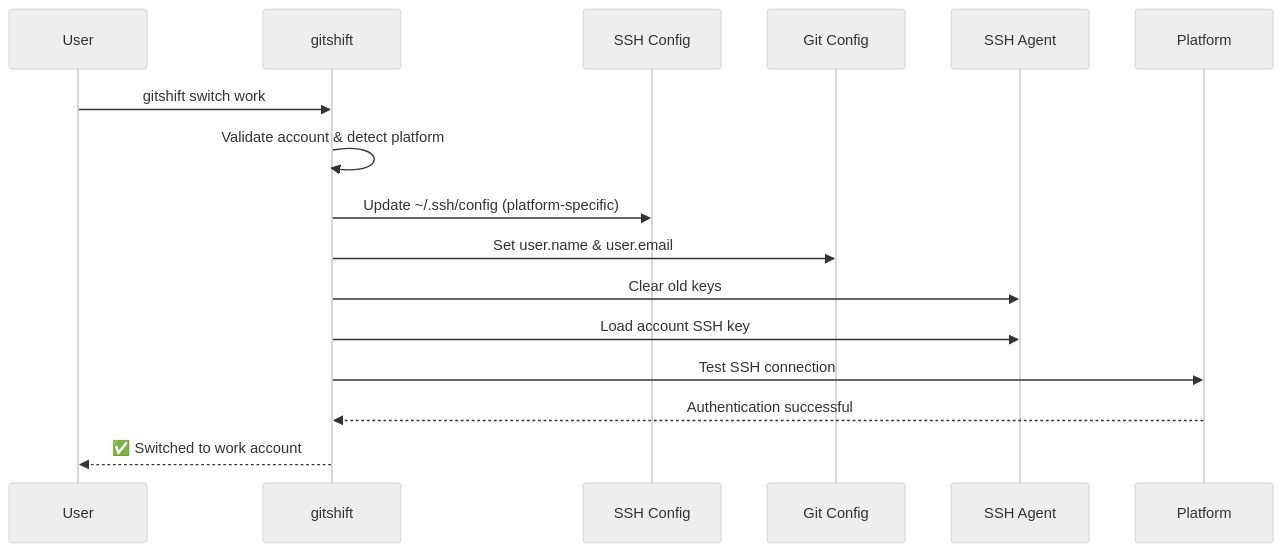
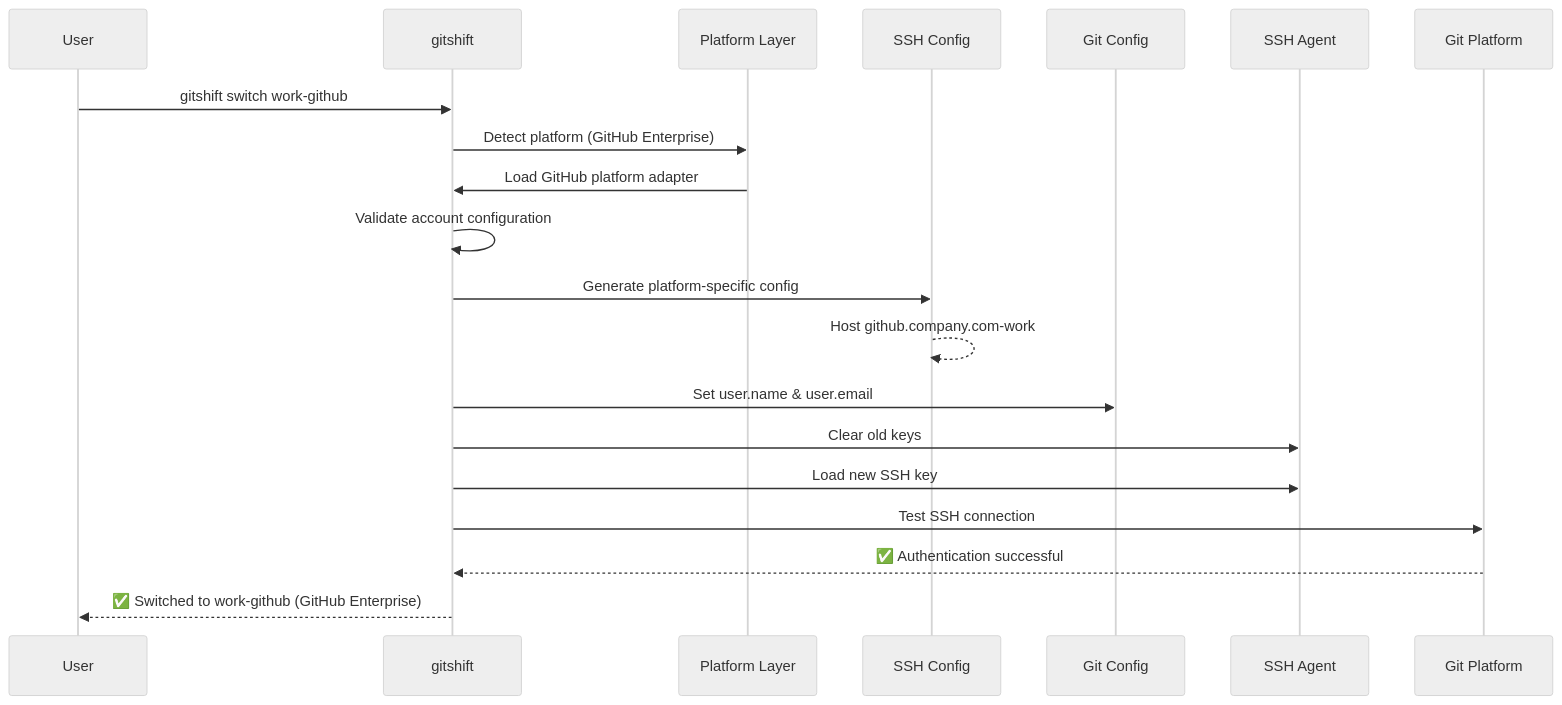
One commit to techishthoughts-org/gitshift changed the fourth of 6 diagrams in README.md. Above: the diagram before and after it, drawn with Mermaid (neutral theme). The commit also changed other lines of this file, not shown here.

First line of the commit message:
docs: comprehensive README rewrite with multi-platform strategy

````diff
--- a/README.md
+++ b/README.md
@@ -167,19 +312,23 @@
 ```mermaid
 sequenceDiagram
     participant User
     participant gitshift
+    participant Platform Layer
     participant SSH Config
     participant Git Config
     participant SSH Agent
-    participant Platform
+    participant Git Platform
 
-    User->>gitshift: gitshift switch work
-    gitshift->>gitshift: Validate account & detect platform
-    gitshift->>SSH Config: Update ~/.ssh/config (platform-specific)
+    User->>gitshift: gitshift switch work-github
+    gitshift->>Platform Layer: Detect platform (GitHub Enterprise)
+    Platform Layer->>gitshift: Load GitHub platform adapter
+    gitshift->>gitshift: Validate account configuration
+    gitshift->>SSH Config: Generate platform-specific config
+    SSH Config-->>SSH Config: Host github.company.com-work
     gitshift->>Git Config: Set user.name & user.email
     gitshift->>SSH Agent: Clear old keys
-    gitshift->>SSH Agent: Load account SSH key
-    gitshift->>Platform: Test SSH connection
-    Platform-->>gitshift: Authentication successful
-    gitshift-->>User: ✅ Switched to work account
+    gitshift->>SSH Agent: Load new SSH key
+    gitshift->>Git Platform: Test SSH connection
+    Git Platform-->>gitshift: ✅ Authentication successful
+    gitshift-->>User: ✅ Switched to work-github (GitHub Enterprise)
 ```
````
